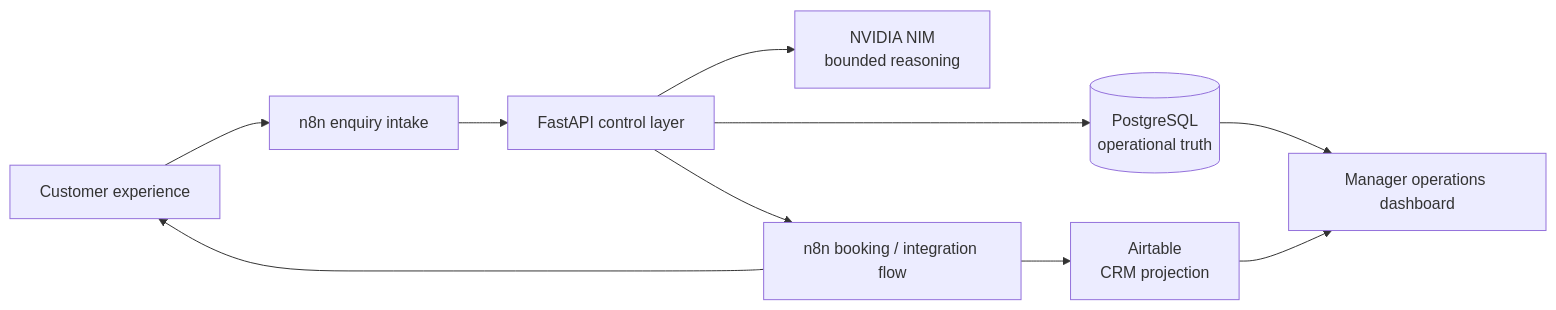
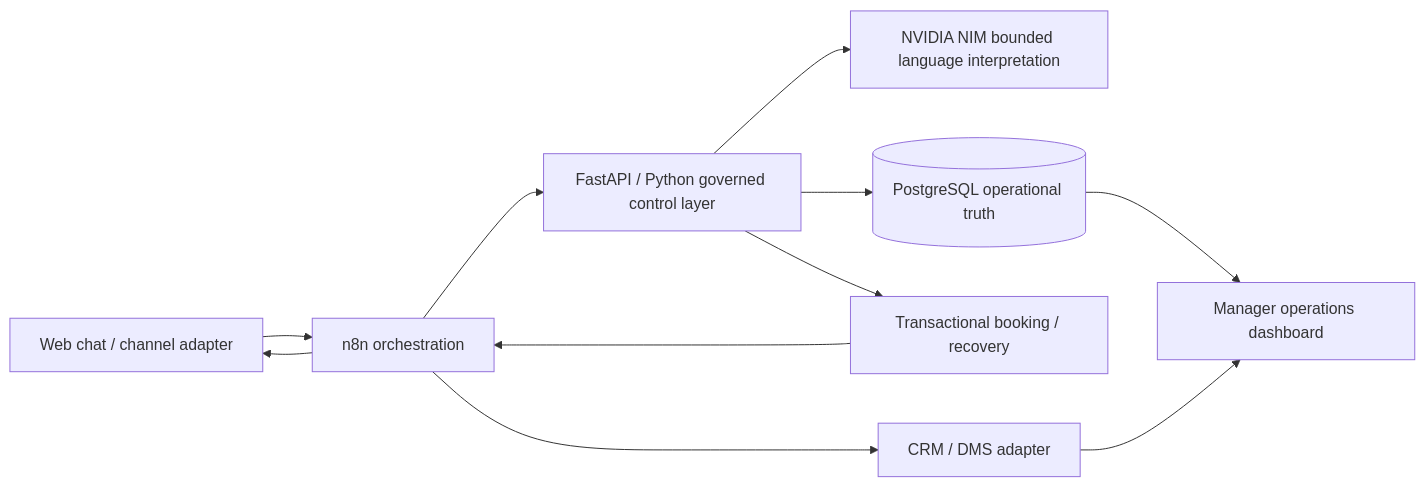
Before and after one commit to kabbersokhi-boop/customer-ops-ai: the diagram in README.md, drawn with Mermaid. The commit also changed other lines of this file and 5 other files, not shown here.

````diff
--- a/README.md
+++ b/README.md
@@ -45,12 +103,13 @@
 ```mermaid
 flowchart LR
-    C[Customer experience] --> N1[n8n enquiry intake]
-    N1 --> A[FastAPI control layer]
-    A --> L[NVIDIA NIM<br/>bounded reasoning]
-    A --> D[(PostgreSQL<br/>operational truth)]
-    A --> N2[n8n booking / integration flow]
-    N2 --> R[Airtable<br/>CRM projection]
+    C[Web chat / channel adapter] --> N[n8n orchestration]
+    N --> A[FastAPI / Python governed control layer]
+    A --> L[NVIDIA NIM bounded language interpretation]
+    A --> D[(PostgreSQL operational truth)]
+    A --> S[Transactional booking / recovery]
+    S --> N
+    N --> R[CRM / DMS adapter]
     D --> M[Manager operations dashboard]
     R --> M
-    N2 --> C
+    N --> C
 ```
````
